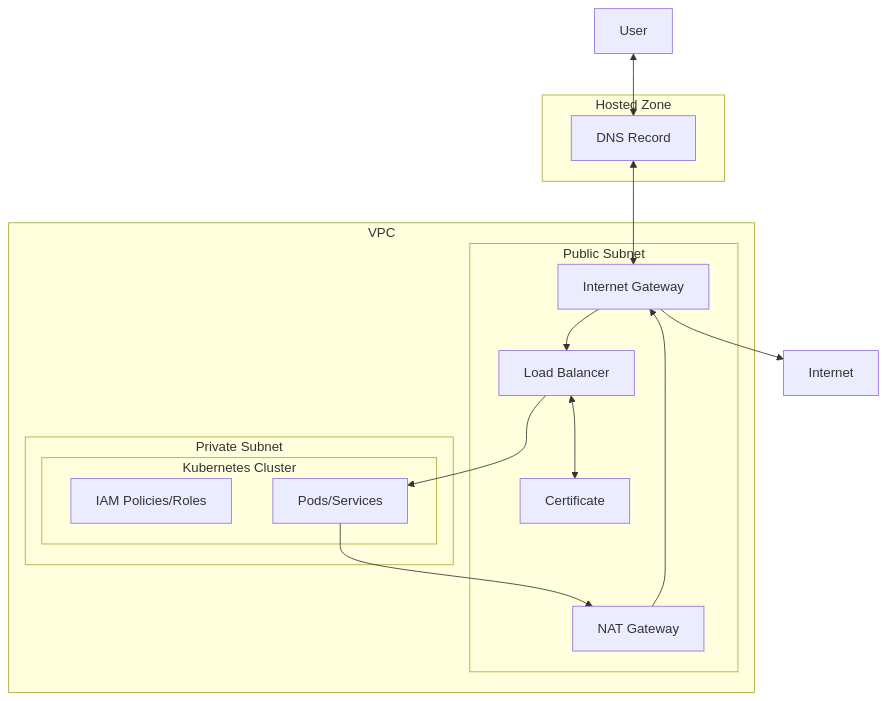
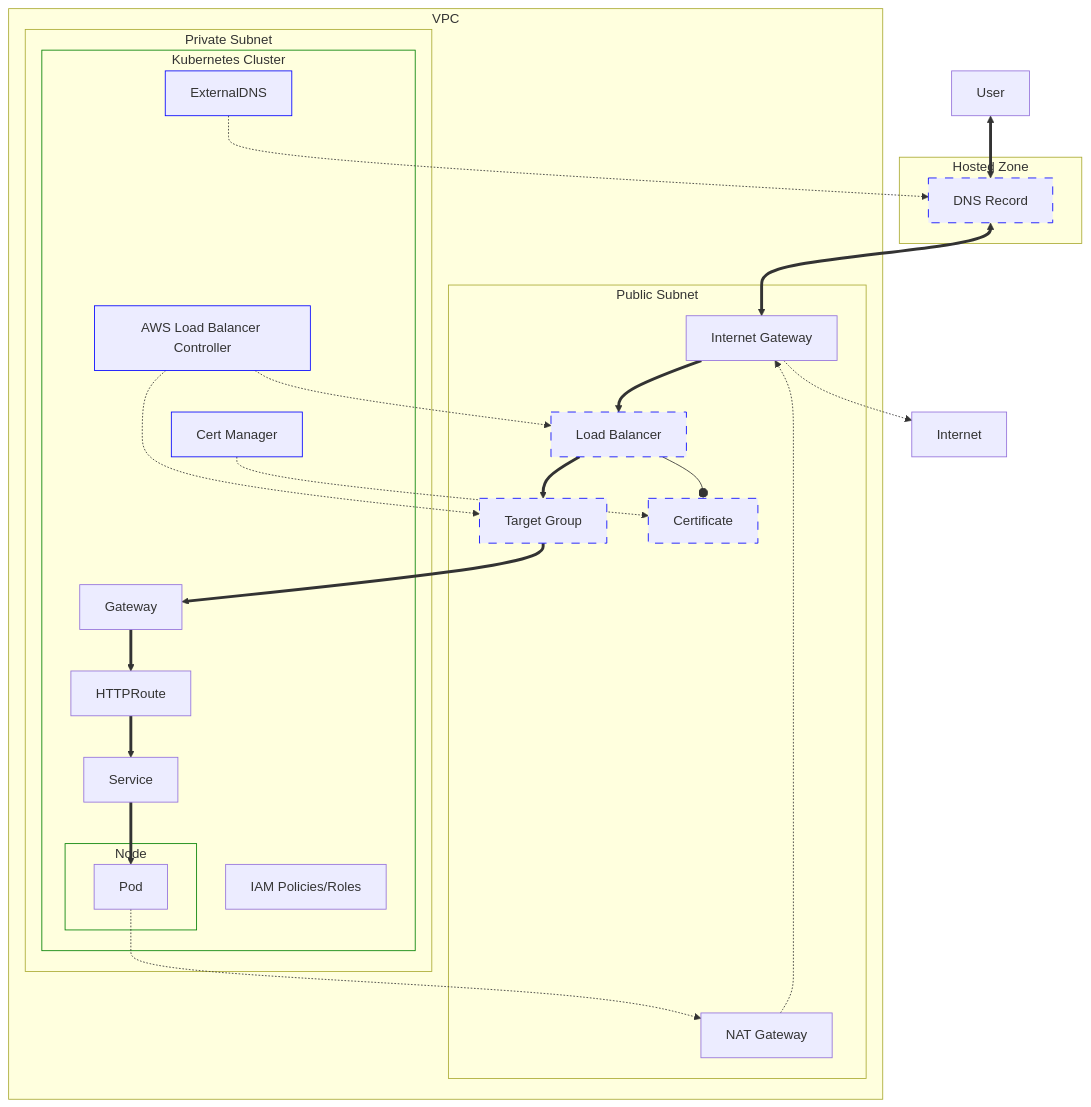
One commit to gitops-ci-cd/terraform-modules changed the diagram in modules/composite/public-cluster/README.md. Above: the diagram before and after it, drawn with Mermaid. The commit also changed 15 other files, not shown here.

````diff
--- a/modules/composite/public-cluster/README.md
+++ b/modules/composite/public-cluster/README.md
@@ -7,38 +7,59 @@
 ```mermaid
 flowchart TB
     user[User]
     dns[DNS Record]
     internet[Internet]
 
     subgraph Hosted Zone
-       dns
+       dns:::managed
     end
 
-    user <--> dns
-    dns <--> igw
+    user <==> dns <==> igw
 
     subgraph VPC
         subgraph Public Subnet
+            tg[Target Group]:::managed
+            cert[Certificate]:::managed
             igw[Internet Gateway]
-            lb[Load Balancer]
-            cert[Certificate]
+            lb[Load Balancer]:::managed
             nat[NAT Gateway]
-            
-            igw --> lb
-            lb <--> cert
+
+            igw ==> lb --o cert
         end
 
         subgraph Private Subnet
-            subgraph Kubernetes Cluster
+            cluster:::security-group
+
+            subgraph cluster[Kubernetes Cluster]
+                ext-dns[ExternalDNS]:::addon
+                cm[Cert Manager]:::addon
+                lbc[AWS Load Balancer Controller]:::addon
+
                 iam[IAM Policies/Roles]
-                k8s[Pods/Services]
+                gateway[Gateway]
+                route[HTTPRoute]
+                service[Service]
+                node:::security-group
 
-                lb --> k8s
+                subgraph node[Node]
+                    pod[Pod]
+                end
+                ext-dns -.-> dns
+                cm -.-> cert
+                lbc -.-> lb
+                lbc -.-> tg
+
+                lb ==> tg ==> gateway ==> route ==> service ==> pod
+
             end
+
         end
-        k8s --> nat
+        pod -.-> nat
     end
 
-    nat --> igw
-    igw --> internet
+    nat -.-> igw -.-> internet
+
+    classDef security-group stroke:green;
+    classDef addon stroke:blue;
+    classDef managed stroke:blue,stroke-dasharray:10
 ```
````
